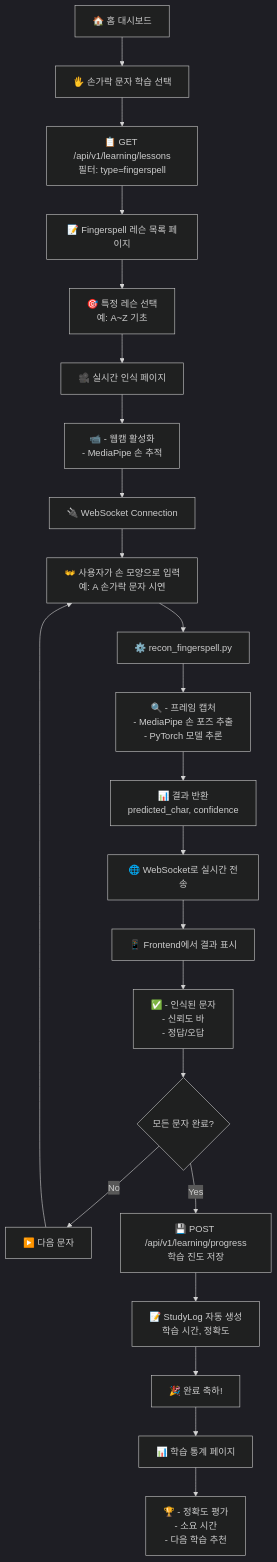
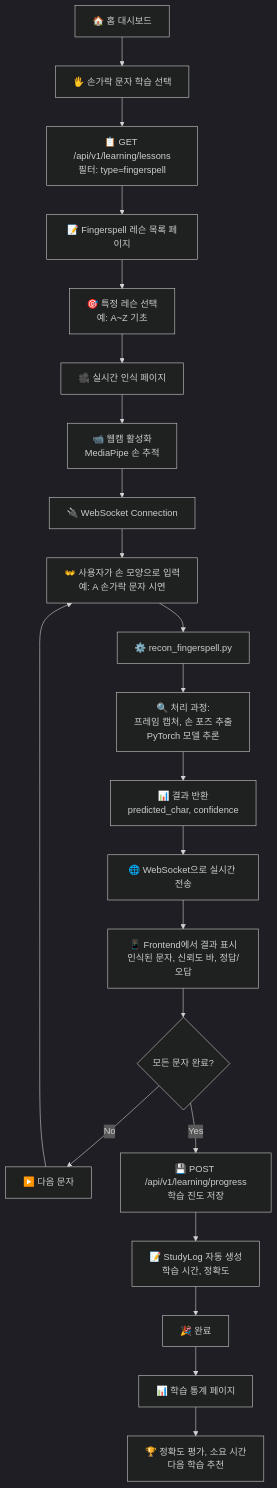
One commit to hamonia777/Real-time-sign-language-translation-service-Backend changed the third of 15 diagrams in doc/USER_FLOW.md. Above: the diagram before and after it, drawn with Mermaid (dark theme). The commit also changed other lines of this file, not shown here.

Commit message:
FIX : mermaid 코드 에러 수정

````diff
--- a/doc/USER_FLOW.md
+++ b/doc/USER_FLOW.md
@@ -51,25 +55,24 @@
 ```mermaid
 graph TD
     A["🏠 홈 대시보드"] --> B["🖐️ 손가락 문자 학습 선택"]
     B --> C["📋 GET /api/v1/learning/lessons<br/>필터: type=fingerspell"]
     C --> D["📝 Fingerspell 레슨 목록 페이지"]
     D --> E["🎯 특정 레슨 선택<br/>예: A~Z 기초"]
     E --> F["🎥 실시간 인식 페이지"]
-    F --> G["📹 - 웹캠 활성화<br/>- MediaPipe 손 추적"]
+    F --> G["📹 웹캠 활성화<br/>MediaPipe 손 추적"]
     G --> H["🔌 WebSocket Connection"]
     H --> I["👐 사용자가 손 모양으로 입력<br/>예: A 손가락 문자 시연"]
     I --> J["⚙️ recon_fingerspell.py"]
-    J --> K["🔍 - 프레임 캡처<br/>- MediaPipe 손 포즈 추출<br/>- PyTorch 모델 추론"]
+    J --> K["🔍 처리 과정:<br/>프레임 캡처, 손 포즈 추출<br/>PyTorch 모델 추론"]
     K --> L["📊 결과 반환<br/>predicted_char, confidence"]
-    L --> M["🌐 WebSocket로 실시간 전송"]
-    M --> N["📱 Frontend에서 결과 표시"]
-    N --> O["✅ - 인식된 문자<br/>- 신뢰도 바<br/>- 정답/오답"]
-    O --> P{모든 문자 완료?}
-    P -->|No| Q["▶️ 다음 문자"]
+    L --> M["🌐 WebSocket으로 실시간 전송"]
+    M --> N["📱 Frontend에서 결과 표시<br/>인식된 문자, 신뢰도 바, 정답/오답"]
+    N --> O{모든 문자 완료?}
+    O -->|No| Q["▶️ 다음 문자"]
     Q --> I
-    P -->|Yes| R["💾 POST /api/v1/learning/progress<br/>학습 진도 저장"]
+    O -->|Yes| R["💾 POST /api/v1/learning/progress<br/>학습 진도 저장"]
     R --> S["📝 StudyLog 자동 생성<br/>학습 시간, 정확도"]
-    S --> T["🎉 완료 축하!"]
+    S --> T["🎉 완료"]
     T --> U["📊 학습 통계 페이지"]
-    U --> V["🏆 - 정확도 평가<br/>- 소요 시간<br/>- 다음 학습 추천"]
+    U --> V["🏆 정확도 평가, 소요 시간<br/>다음 학습 추천"]
 ```
````
